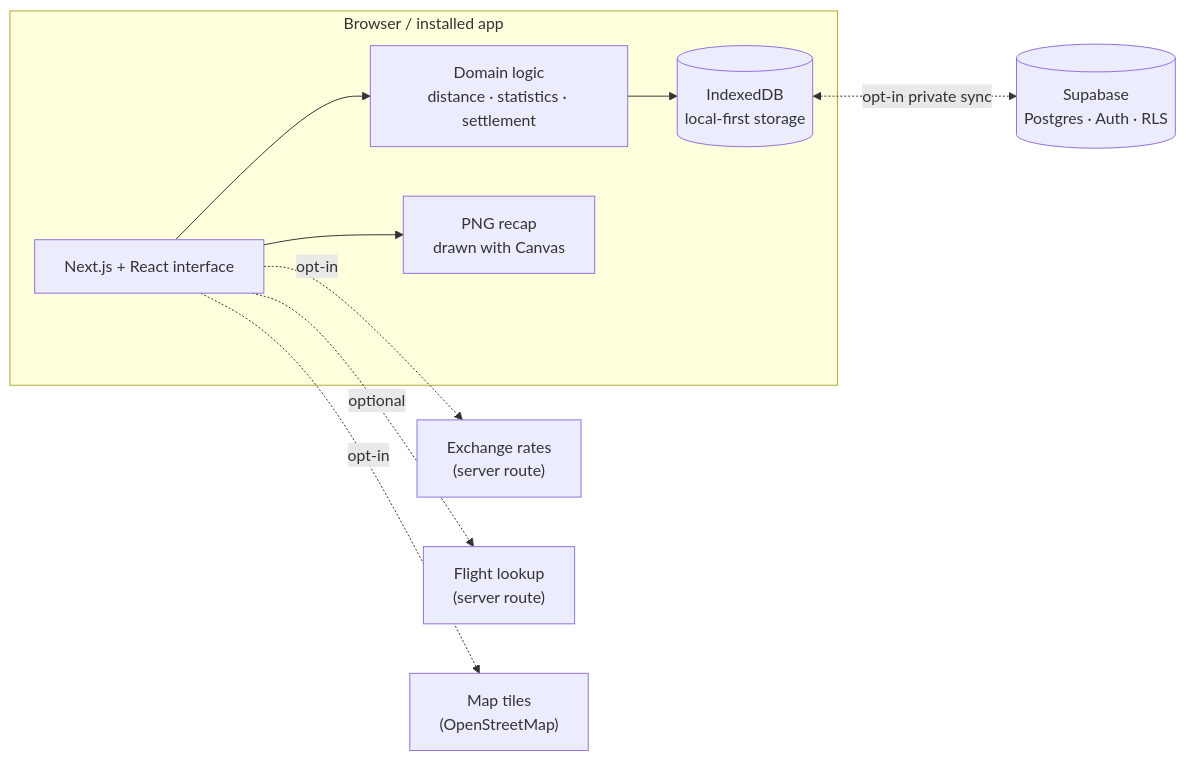
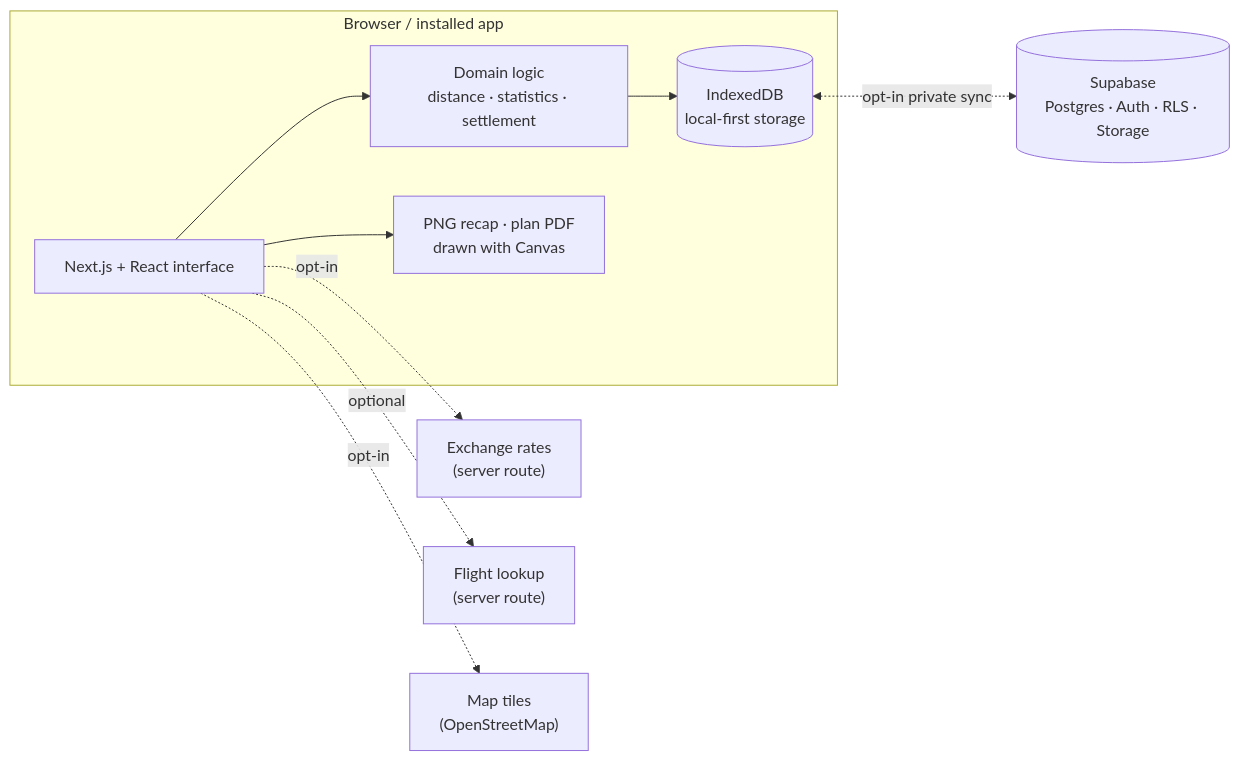
The diagram in README.md (claire2425/jourmark), drawn with Mermaid before and after one commit. The commit also changed other lines of this file and 2 other files, not shown here.

````diff
--- a/README.md
+++ b/README.md
@@ -68,12 +82,12 @@
 ```mermaid
 flowchart LR
   subgraph Device["Browser / installed app"]
     UI["Next.js + React interface"] --> Logic["Domain logic<br/>distance · statistics · settlement"]
     Logic --> Store[("IndexedDB<br/>local-first storage")]
-    UI --> Recap["PNG recap<br/>drawn with Canvas"]
+    UI --> Recap["PNG recap · plan PDF<br/>drawn with Canvas"]
   end
-  Store <-. "opt-in private sync" .-> Cloud[("Supabase<br/>Postgres · Auth · RLS")]
+  Store <-. "opt-in private sync" .-> Cloud[("Supabase<br/>Postgres · Auth · RLS · Storage")]
   UI -. "opt-in" .-> Rates["Exchange rates<br/>(server route)"]
   UI -. "optional" .-> Flights["Flight lookup<br/>(server route)"]
   UI -. "opt-in" .-> Tiles["Map tiles<br/>(OpenStreetMap)"]
 ```
````
